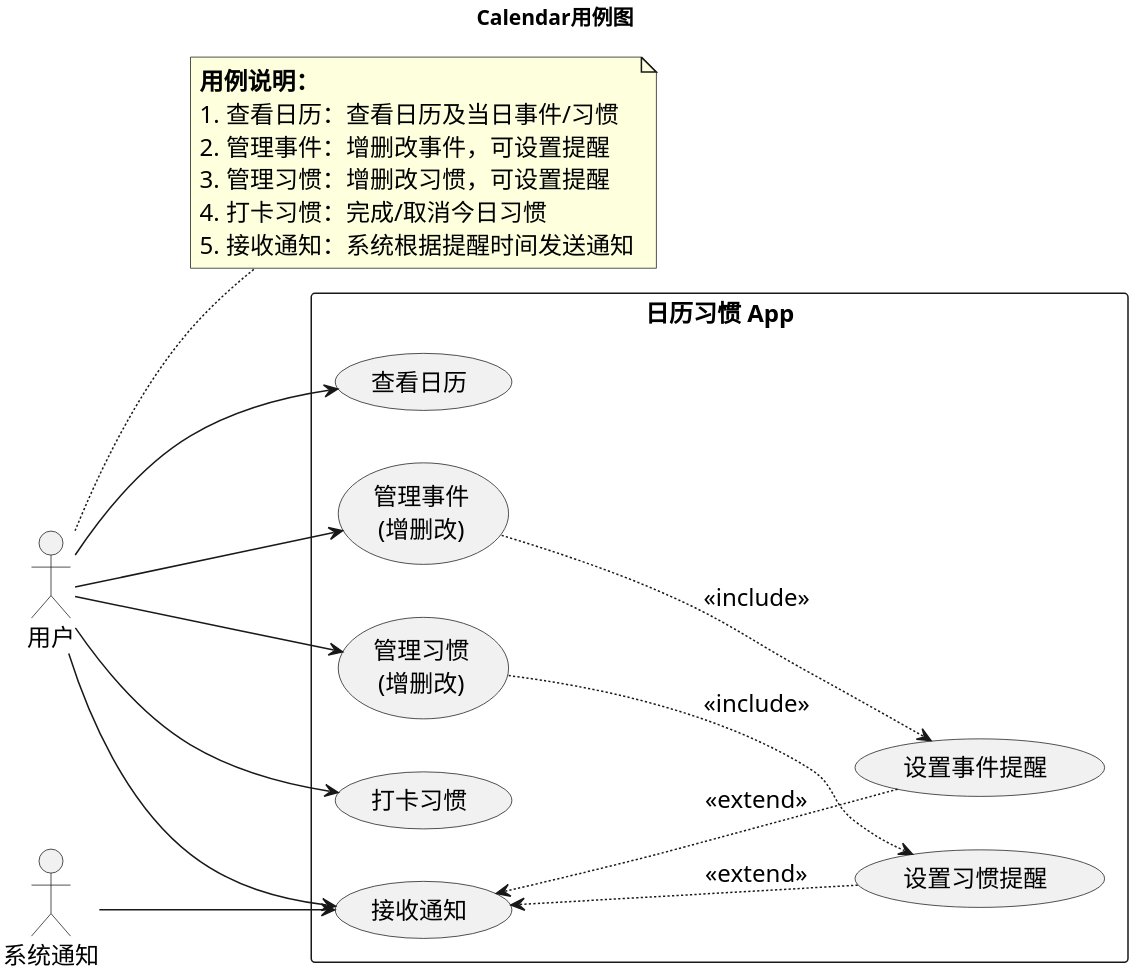
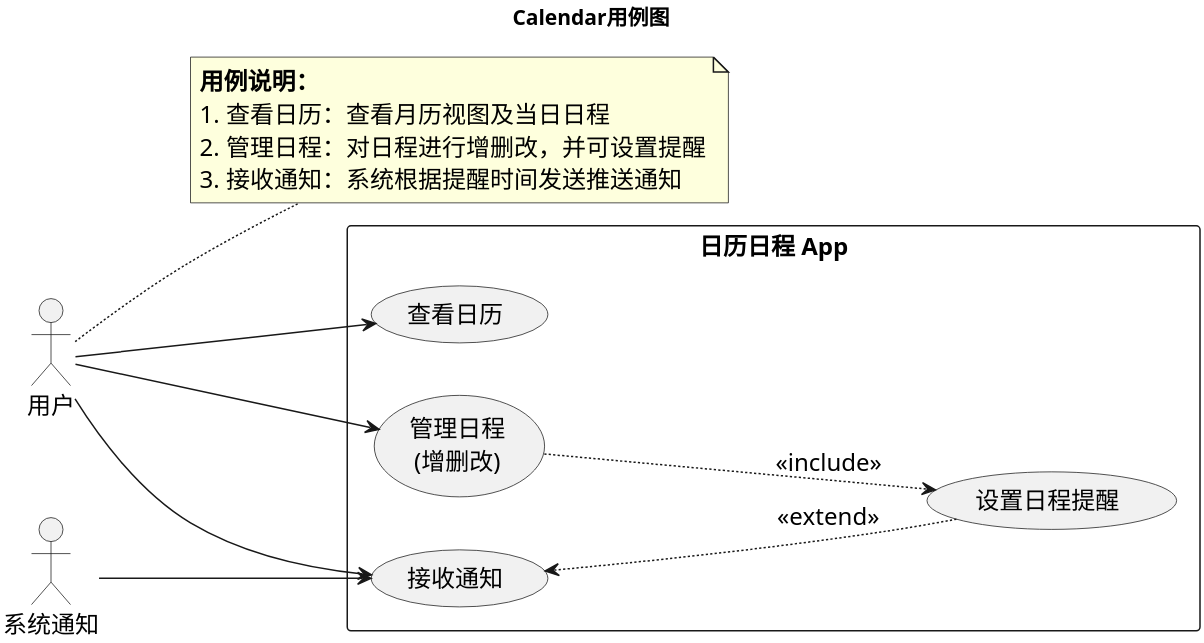
One commit to surpasslike/Calendar changed the diagram in docs/uml/use_case.puml. Above: the diagram before and after it, drawn with PlantUML. The commit also changed 3 other files, not shown here.

Commit message:
fix[UML]修改用例图和架构图

```diff
--- a/docs/uml/use_case.puml
+++ b/docs/uml/use_case.puml
@@ -1,50 +1,41 @@
 @startuml
 left to right direction
 skinparam dpi 300
 skinparam backgroundColor #FFFFFF
 skinparam defaultFontSize 16
 scale 1.5
 
 title Calendar用例图
 
 actor 用户 as User
 actor 系统通知 as System
 
-rectangle "日历习惯 App" {
+rectangle "日历日程 App" {
   usecase "查看日历" as UC1
-  usecase "管理事件\n(增删改)" as UC2
-  usecase "管理习惯\n(增删改)" as UC3
-  usecase "打卡习惯" as UC4
+  usecase "管理日程\n(增删改)" as UC2
   usecase "接收通知" as UC5
-  usecase "设置事件提醒" as UC6
-  usecase "设置习惯提醒" as UC7
+  usecase "设置日程提醒" as UC6
 }
 
 ' 用户的主要操作
 User --> UC1
 User --> UC2
-User --> UC3
-User --> UC4
 User --> UC5
 
 ' 系统自动功能
 System --> UC5
 
-' 包含关系：管理事件/习惯时可以设置提醒
+' 包含关系：管理日程时可以设置提醒
 UC2 ..> UC6 : <<include>>
-UC3 ..> UC7 : <<include>>
 
 ' 扩展关系：提醒触发通知
 UC5 <.. UC6 : <<extend>>
-UC5 <.. UC7 : <<extend>>
 
 note right of User
 <b>用例说明：</b>
-1. 查看日历：查看日历及当日事件/习惯
-2. 管理事件：增删改事件，可设置提醒
-3. 管理习惯：增删改习惯，可设置提醒
-4. 打卡习惯：完成/取消今日习惯
-5. 接收通知：系统根据提醒时间发送通知
+1. 查看日历：查看月历视图及当日日程
+2. 管理日程：对日程进行增删改，并可设置提醒
+3. 接收通知：系统根据提醒时间发送推送通知
 end note
 
 @enduml
```
